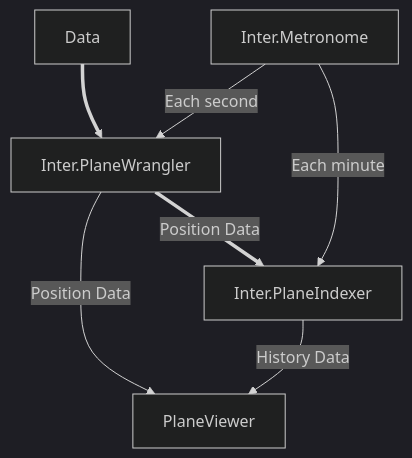
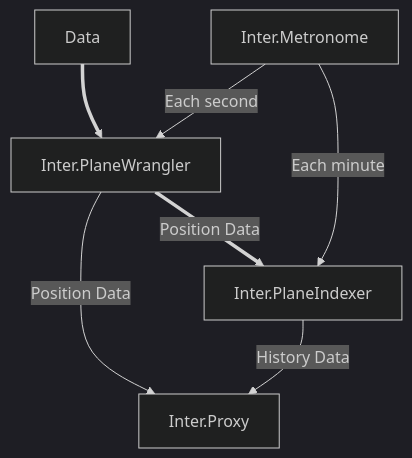
One commit to InterMW/.github changed the diagram in profile/README.md. Above: the diagram before and after it, drawn with Mermaid (dark theme).

````diff
--- a/profile/README.md
+++ b/profile/README.md
@@ -5,9 +5,9 @@
 ```mermaid
 graph TD;
     Data==>Inter.PlaneWrangler;
     Inter.Metronome --> | Each second | Inter.PlaneWrangler;
     Inter.Metronome --> | Each minute | Inter.PlaneIndexer;
-    Inter.PlaneWrangler--> |Position Data| PlaneViewer;
-    Inter.PlaneIndexer --> |History Data| PlaneViewer; 
+    Inter.PlaneWrangler--> |Position Data| Inter.Proxy;
+    Inter.PlaneIndexer --> |History Data| Inter.Proxy; 
     Inter.PlaneWrangler==> |Position Data| Inter.PlaneIndexer;
 ```
````
